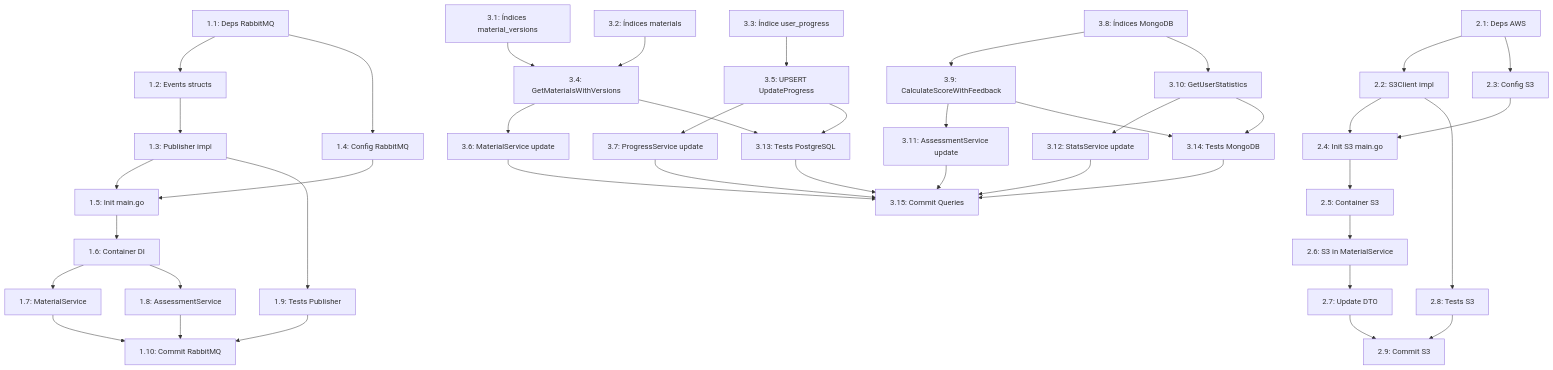
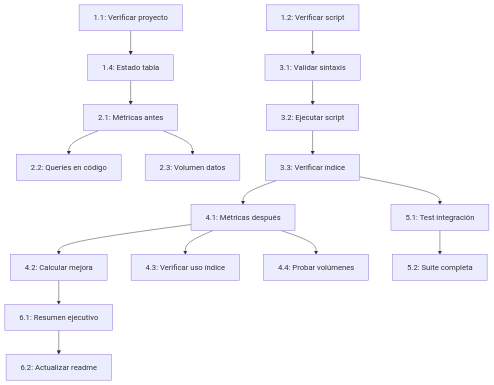
Before and after one commit to EduGoGroup/edugo-api-mobile: the diagram in sprint/current/planning/readme.md, drawn with Mermaid. The commit also changed other lines of this file and 30 other files, not shown here.

````diff
--- a/sprint/current/planning/readme.md
+++ b/sprint/current/planning/readme.md
@@ -377,53 +369,22 @@
 ```mermaid
 graph TD
-    %% Fase 1: RabbitMQ
-    T1_1[1.1: Deps RabbitMQ] --> T1_2[1.2: Events structs]
-    T1_2 --> T1_3[1.3: Publisher impl]
-    T1_1 --> T1_4[1.4: Config RabbitMQ]
-    T1_3 --> T1_5[1.5: Init main.go]
-    T1_4 --> T1_5
-    T1_5 --> T1_6[1.6: Container DI]
-    T1_6 --> T1_7[1.7: MaterialService]
-    T1_6 --> T1_8[1.8: AssessmentService]
-    T1_3 --> T1_9[1.9: Tests Publisher]
-    T1_7 --> T1_10[1.10: Commit RabbitMQ]
-    T1_8 --> T1_10
-    T1_9 --> T1_10
-    
-    %% Fase 2: S3
-    T2_1[2.1: Deps AWS] --> T2_2[2.2: S3Client impl]
-    T2_1 --> T2_3[2.3: Config S3]
-    T2_2 --> T2_4[2.4: Init S3 main.go]
-    T2_3 --> T2_4
-    T2_4 --> T2_5[2.5: Container S3]
-    T2_5 --> T2_6[2.6: S3 in MaterialService]
-    T2_6 --> T2_7[2.7: Update DTO]
-    T2_2 --> T2_8[2.8: Tests S3]
-    T2_7 --> T2_9[2.9: Commit S3]
-    T2_8 --> T2_9
-    
-    %% Fase 3A: PostgreSQL
-    T3_1[3.1: Índices material_versions] --> T3_4[3.4: GetMaterialsWithVersions]
-    T3_2[3.2: Índices materials] --> T3_4
-    T3_3[3.3: Índice user_progress] --> T3_5[3.5: UPSERT UpdateProgress]
-    T3_4 --> T3_6[3.6: MaterialService update]
-    T3_5 --> T3_7[3.7: ProgressService update]
-    T3_4 --> T3_13[3.13: Tests PostgreSQL]
-    T3_5 --> T3_13
-    
-    %% Fase 3B: MongoDB
-    T3_8[3.8: Índices MongoDB] --> T3_9[3.9: CalculateScoreWithFeedback]
-    T3_8 --> T3_10[3.10: GetUserStatistics]
-    T3_9 --> T3_11[3.11: AssessmentService update]
-    T3_10 --> T3_12[3.12: StatsService update]
-    T3_9 --> T3_14[3.14: Tests MongoDB]
-    T3_10 --> T3_14
-    
-    %% Commit final Fase 3
-    T3_6 --> T3_15[3.15: Commit Queries]
-    T3_7 --> T3_15
-    T3_11 --> T3_15
-    T3_12 --> T3_15
-    T3_13 --> T3_15
-    T3_14 --> T3_15
+    T1_1[1.1: Verificar proyecto] --> T1_4[1.4: Estado tabla]
+    T1_2[1.2: Verificar script] --> T3_1[3.1: Validar sintaxis]
+    T1_4 --> T2_1[2.1: Métricas antes]
+    T2_1 --> T2_2[2.2: Queries en código]
+    T2_1 --> T2_3[2.3: Volumen datos]
+
+    T3_1 --> T3_2[3.2: Ejecutar script]
+    T3_2 --> T3_3[3.3: Verificar índice]
+
+    T3_3 --> T4_1[4.1: Métricas después]
+    T4_1 --> T4_2[4.2: Calcular mejora]
+    T4_1 --> T4_3[4.3: Verificar uso índice]
+    T4_1 --> T4_4[4.4: Probar volúmenes]
+
+    T3_3 --> T5_1[5.1: Test integración]
+    T5_1 --> T5_2[5.2: Suite completa]
+
+    T4_2 --> T6_1[6.1: Resumen ejecutivo]
+    T6_1 --> T6_2[6.2: Actualizar readme]
 ```
````
